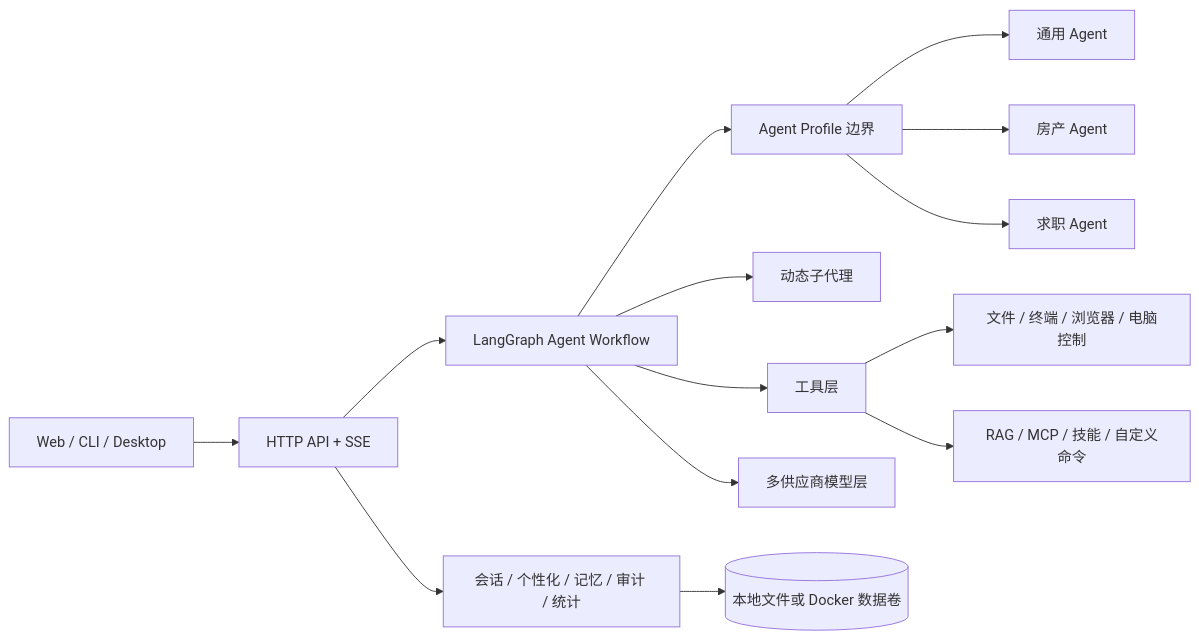
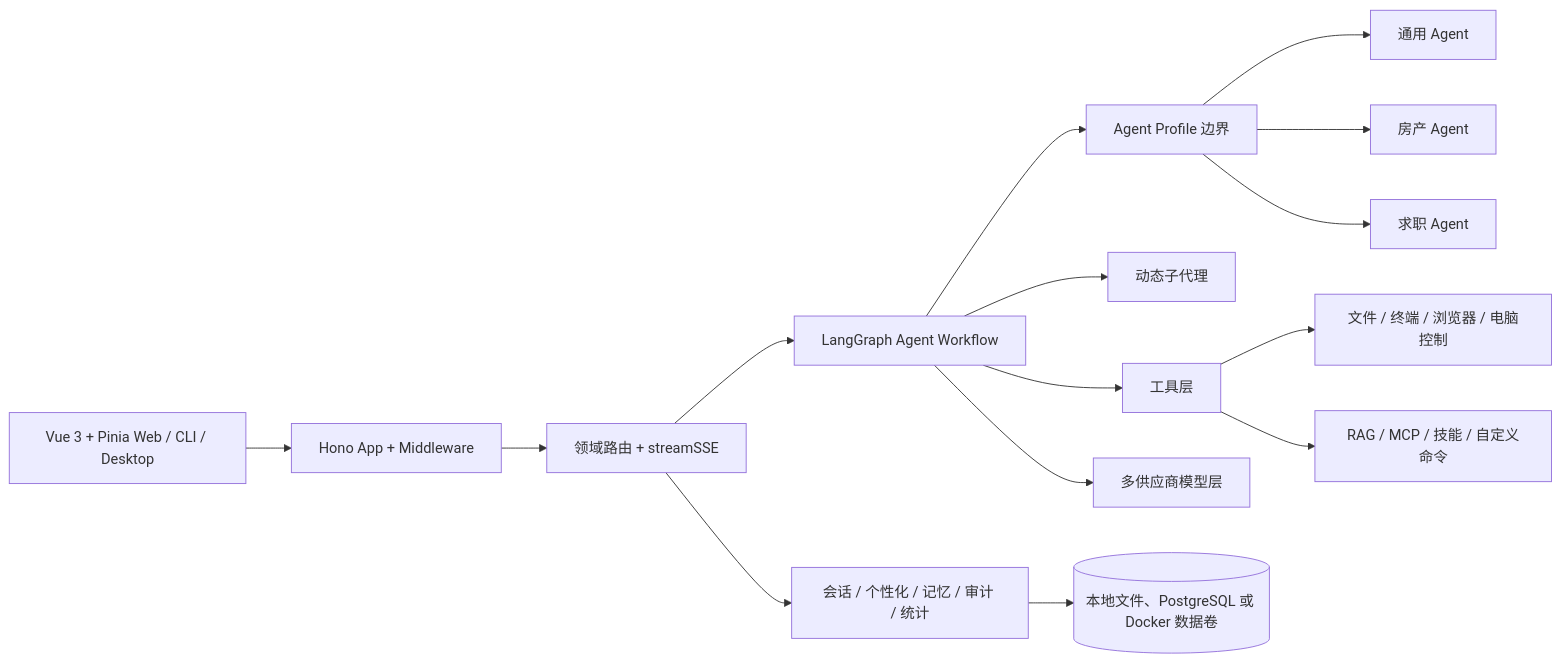
The diagram in README.md (AIR-DUSTER1/agent-atlas), drawn with Mermaid before and after one commit. The commit also changed other lines of this file and 4 other files, not shown here.

````diff
--- a/README.md
+++ b/README.md
@@ -128,16 +131,17 @@
 ```mermaid
 flowchart LR
-    UI["Web / CLI / Desktop"] --> API["HTTP API + SSE"]
-    API --> WF["LangGraph Agent Workflow"]
+    UI["Vue 3 + Pinia Web / CLI / Desktop"] --> APP["Hono App + Middleware"]
+    APP --> ROUTES["领域路由 + streamSSE"]
+    ROUTES --> WF["LangGraph Agent Workflow"]
     WF --> PROFILE["Agent Profile 边界"]
     PROFILE --> GENERAL["通用 Agent"]
     PROFILE --> ESTATE["房产 Agent"]
     PROFILE --> JOB["求职 Agent"]
     WF --> SUBAGENT["动态子代理"]
     WF --> TOOLS["工具层"]
     TOOLS --> DEV["文件 / 终端 / 浏览器 / 电脑控制"]
     TOOLS --> EXT["RAG / MCP / 技能 / 自定义命令"]
     WF --> MODEL["多供应商模型层"]
-    API --> DATA["会话 / 个性化 / 记忆 / 审计 / 统计"]
-    DATA --> STORE[("本地文件或 Docker 数据卷")]
+    ROUTES --> DATA["会话 / 个性化 / 记忆 / 审计 / 统计"]
+    DATA --> STORE[("本地文件、PostgreSQL 或 Docker 数据卷")]
 ```
````
